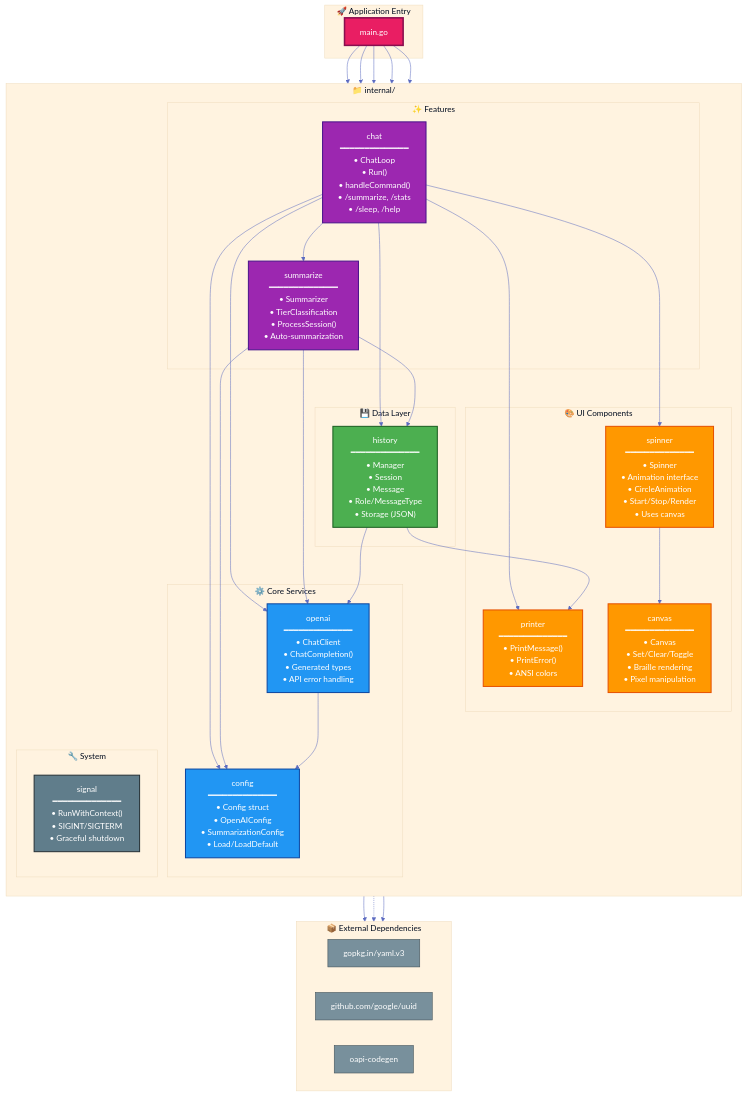
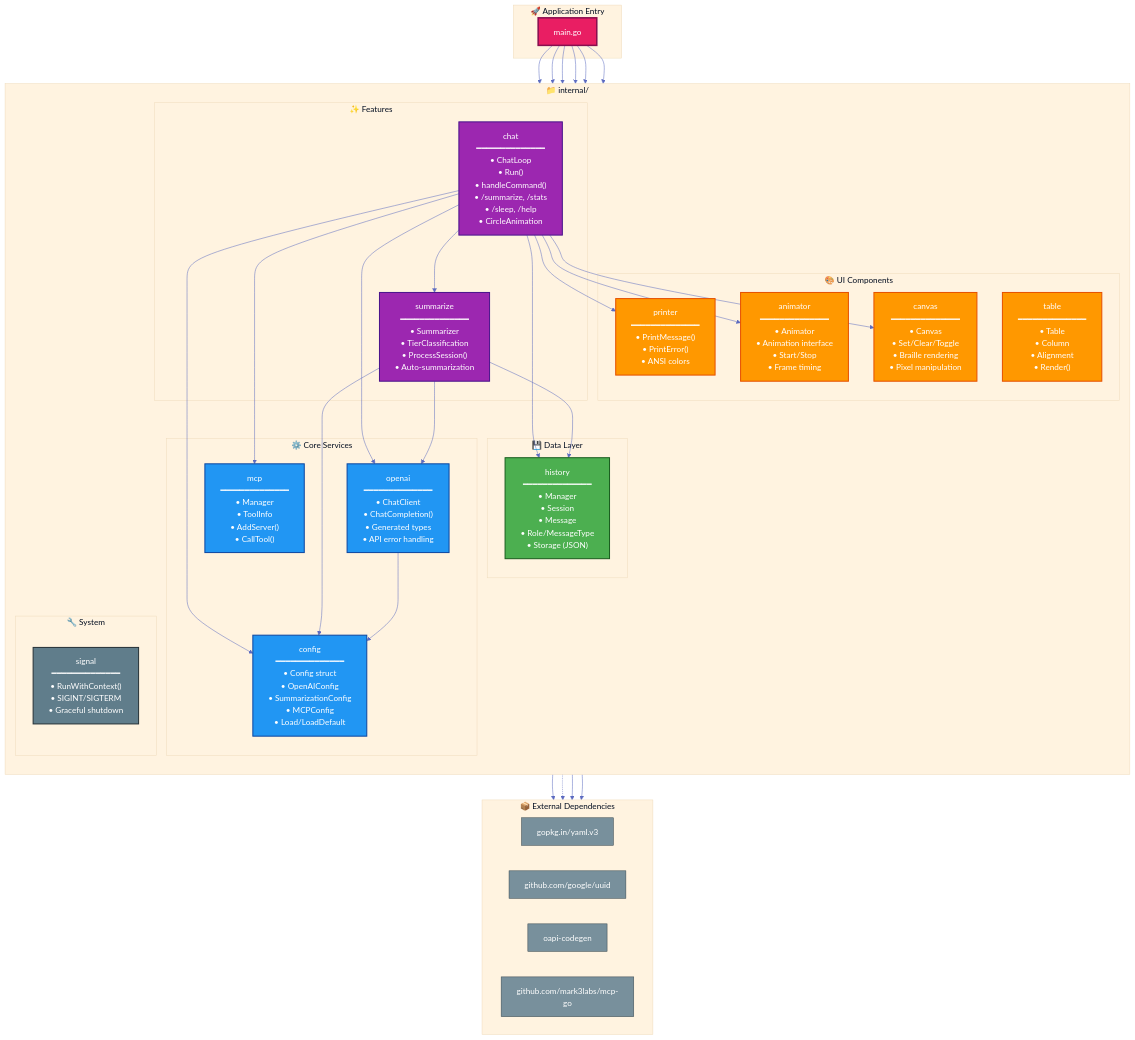
Before and after one commit to LTI2000/gopus: the diagram in docs/dependency-diagram.md, drawn with Mermaid. The commit also changed other lines of this file, not shown here.

Commit message:
Update dependency graph document

````diff
--- a/docs/dependency-diagram.md
+++ b/docs/dependency-diagram.md
@@ -10,6 +10,7 @@
         yaml["gopkg.in/yaml.v3"]
         uuid["github.com/google/uuid"]
         oapi["oapi-codegen"]
+        mcpgo["github.com/mark3labs/mcp-go"]
     end
 
     subgraph Main["🚀 Application Entry"]
@@ -25,6 +26,7 @@
             • Config struct
             • OpenAIConfig
             • SummarizationConfig
+            • MCPConfig
             • Load/LoadDefault"]
             
             openai["openai
@@ -33,6 +35,13 @@
             • ChatCompletion()
             • Generated types
             • API error handling"]
+            
+            mcp["mcp
+            ━━━━━━━━━━━━━━
+            • Manager
+            • ToolInfo
+            • AddServer()
+            • CallTool()"]
         end
         
         subgraph Data["💾 Data Layer"]
@@ -52,7 +61,8 @@
             • Run()
             • handleCommand()
             • /summarize, /stats
-            • /sleep, /help"]
+            • /sleep, /help
+            • CircleAnimation"]
             
             summarize["summarize
             ━━━━━━━━━━━━━━
@@ -76,13 +86,19 @@
             • PrintError()
             • ANSI colors"]
             
-            spinner["spinner
+            animator["animator
             ━━━━━━━━━━━━━━
-            • Spinner
+            • Animator
             • Animation interface
-            • CircleAnimation
-            • Start/Stop/Render
-            • Uses canvas"]
+            • Start/Stop
+            • Frame timing"]
+            
+            table["table
+            ━━━━━━━━━━━━━━
+            • Table
+            • Column
+            • Alignment
+            • Render()"]
         end
         
         subgraph System["🔧 System"]
@@ -100,31 +116,32 @@
     main --> history
     main --> chat
     main --> signal
+    main --> mcp
 
     %% Chat dependencies
     chat --> config
     chat --> history
     chat --> openai
     chat --> printer
-    chat --> spinner
     chat --> summarize
+    chat --> mcp
+    chat --> animator
+    chat --> canvas
 
     %% Summarize dependencies
     summarize --> config
     summarize --> history
     summarize --> openai
 
-    %% Spinner dependencies
-    spinner --> canvas
-
     %% History dependencies
-    history --> openai
-    history --> printer
     history --> uuid
 
     %% OpenAI dependencies
     openai --> config
     openai -.-> oapi
+
+    %% MCP dependencies
+    mcp --> mcpgo
 
     %% Config dependencies
     config --> yaml
@@ -139,10 +156,10 @@
     classDef externalNode fill:#78909c,stroke:#37474f,stroke-width:1px,color:#fff
 
     class main mainNode
-    class config,openai coreNode
+    class config,openai,mcp coreNode
     class history dataNode
     class chat,summarize featureNode
-    class canvas,printer,spinner uiNode
+    class canvas,printer,animator,table uiNode
     class signal systemNode
-    class yaml,uuid,oapi externalNode
+    class yaml,uuid,oapi,mcpgo externalNode
 ```
````
